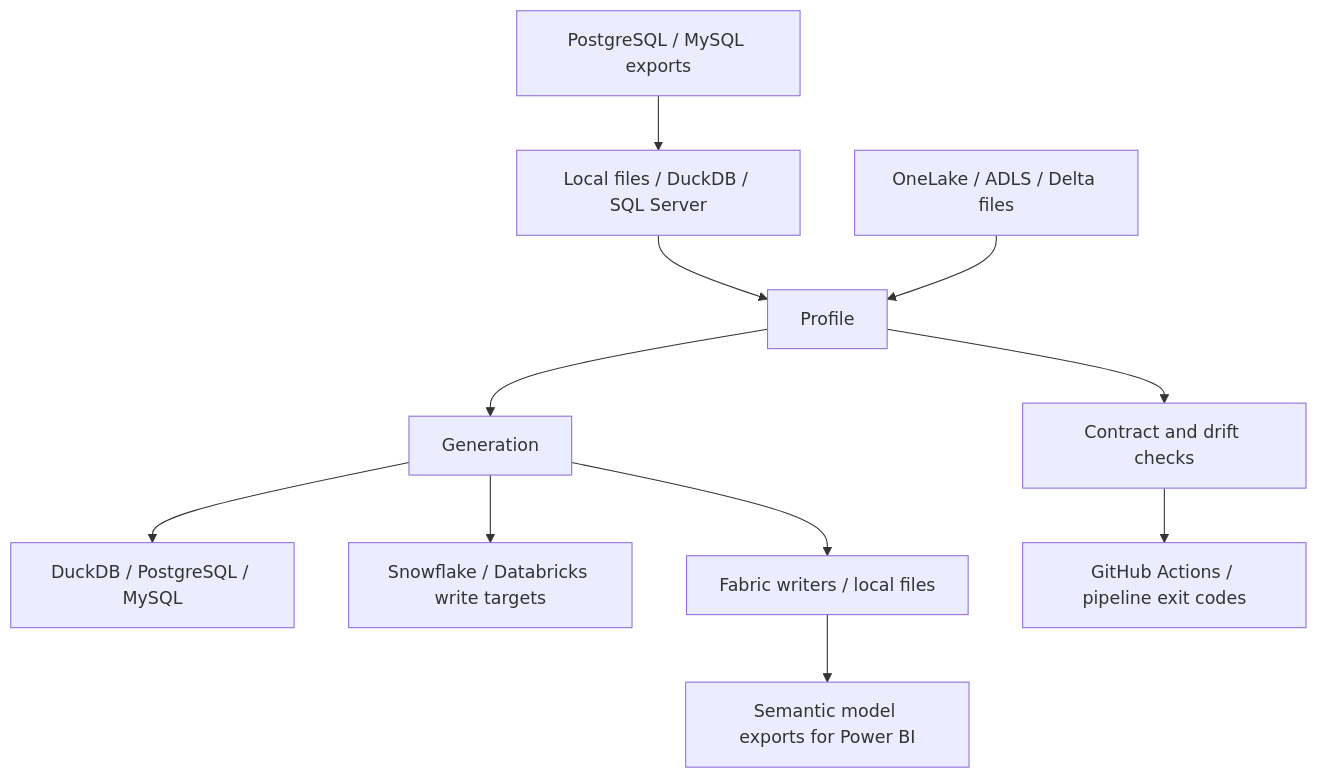
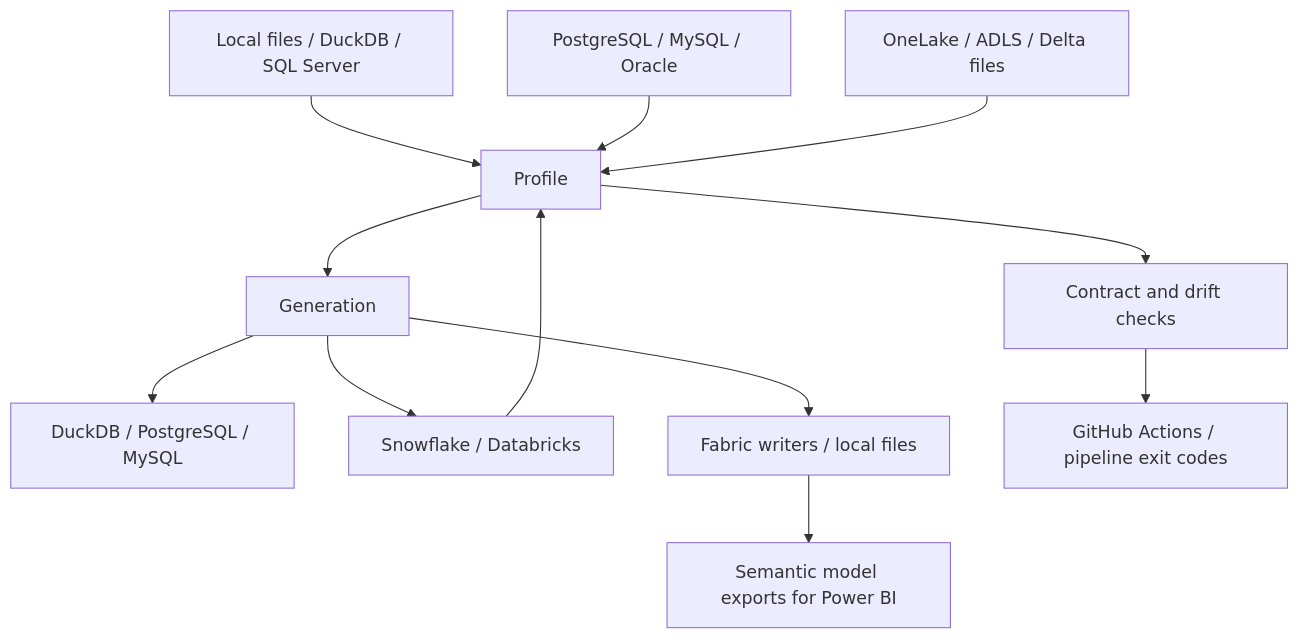
The second of 2 diagrams in docs/index.md (sqllocks/shape), drawn with Mermaid before and after one commit. The commit also changed other lines of this file and 24 other files, not shown here.

````diff
--- a/docs/index.md
+++ b/docs/index.md
@@ -32,13 +32,14 @@
 ```mermaid
 flowchart TB
     F[Local files / DuckDB / SQL Server] --> P[Profile]
-    E[PostgreSQL / MySQL exports] --> F
+    E[PostgreSQL / MySQL / Oracle] --> P
     L[OneLake / ADLS / Delta files] --> P
     P --> C[Contract and drift checks]
     P --> G[Generation]
     G --> DB[DuckDB / PostgreSQL / MySQL]
-    G --> W[Snowflake / Databricks write targets]
+    W[Snowflake / Databricks] --> P
+    G --> W
     G --> M[Fabric writers / local files]
     C --> CI[GitHub Actions / pipeline exit codes]
     M --> BI[Semantic model exports for Power BI]
 ```
````
